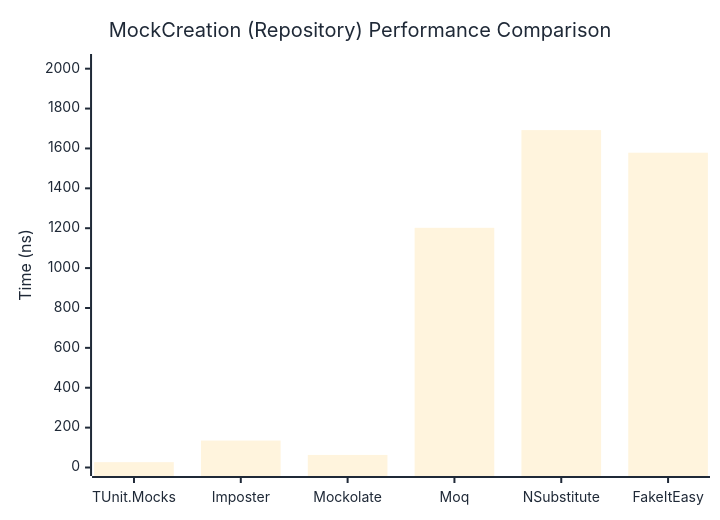
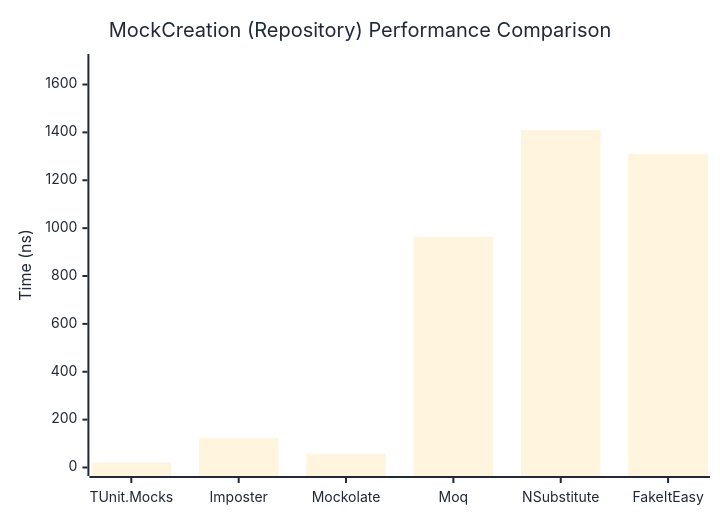
Before and after one commit to thomhurst/TUnit: the second of 2 diagrams in docs/docs/benchmarks/mocks/MockCreation.md, drawn with Mermaid. The commit also changed other lines of this file and 14 other files, not shown here.

````diff
--- a/docs/docs/benchmarks/mocks/MockCreation.md
+++ b/docs/docs/benchmarks/mocks/MockCreation.md
@@ -69,27 +69,27 @@
 ```mermaid
 %%{init: {
   'theme':'base',
   'themeVariables': {
     'primaryColor': '#2563eb',
     'primaryTextColor': '#1f2937',
     'primaryBorderColor': '#1e40af',
     'lineColor': '#6b7280',
     'secondaryColor': '#7c3aed',
     'tertiaryColor': '#dc2626',
     'background': '#ffffff',
     'pie1': '#2563eb',
     'pie2': '#7c3aed',
     'pie3': '#dc2626',
     'pie4': '#f59e0b',
     'pie5': '#10b981',
     'pie6': '#06b6d4',
     'pie7': '#ec4899',
     'pie8': '#6366f1'
   }
 }}%%
 xychart-beta
   title "MockCreation (Repository) Performance Comparison"
   x-axis ["TUnit.Mocks", "Imposter", "Mockolate", "Moq", "NSubstitute", "FakeItEasy"]
-  y-axis "Time (ns)" 0 --> 2031
-  bar [26.83, 135.07, 62.95, 1202.01, 1691.95, 1578.64]
+  y-axis "Time (ns)" 0 --> 1692
+  bar [21.36, 122.35, 57.11, 964.91, 1409.8, 1310.27]
 ```
````
